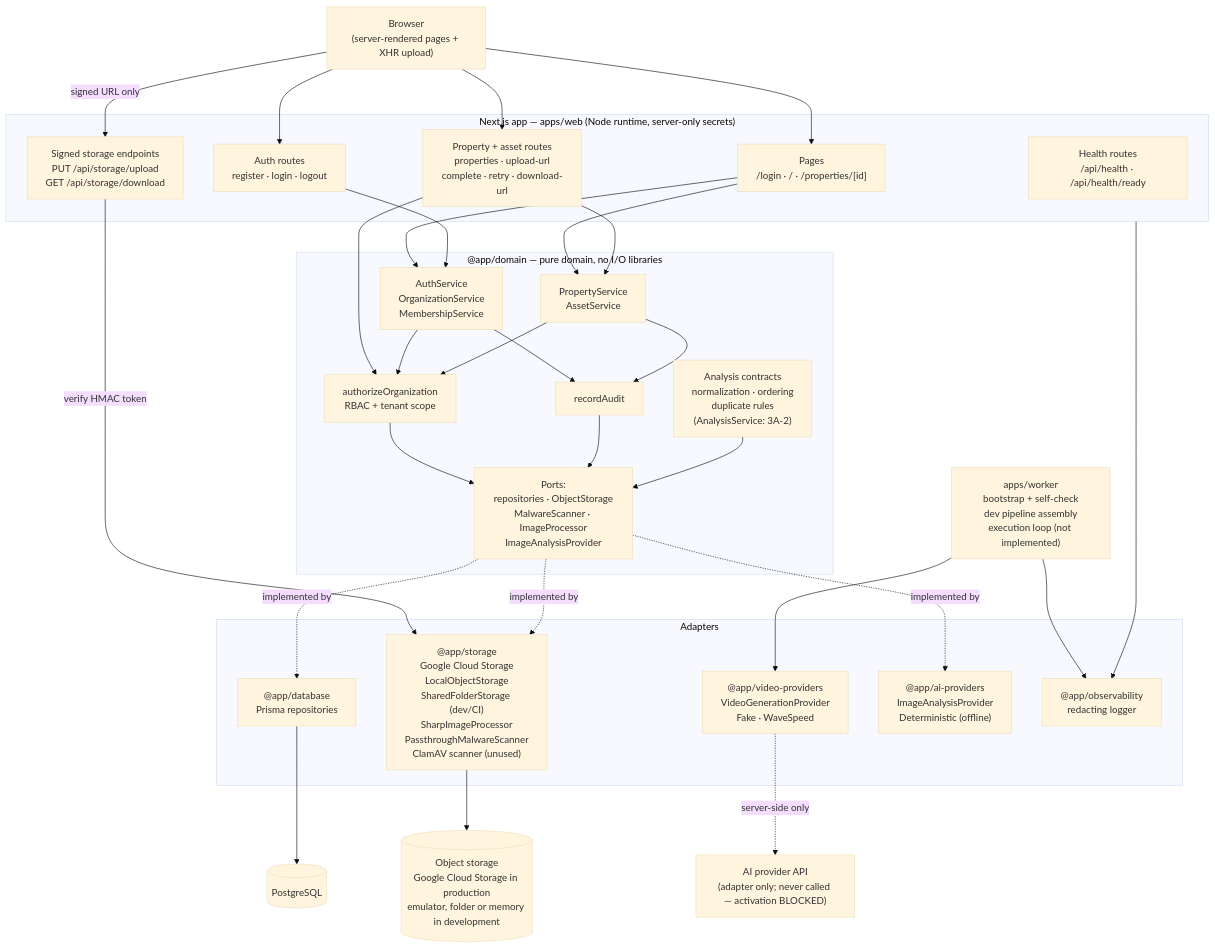
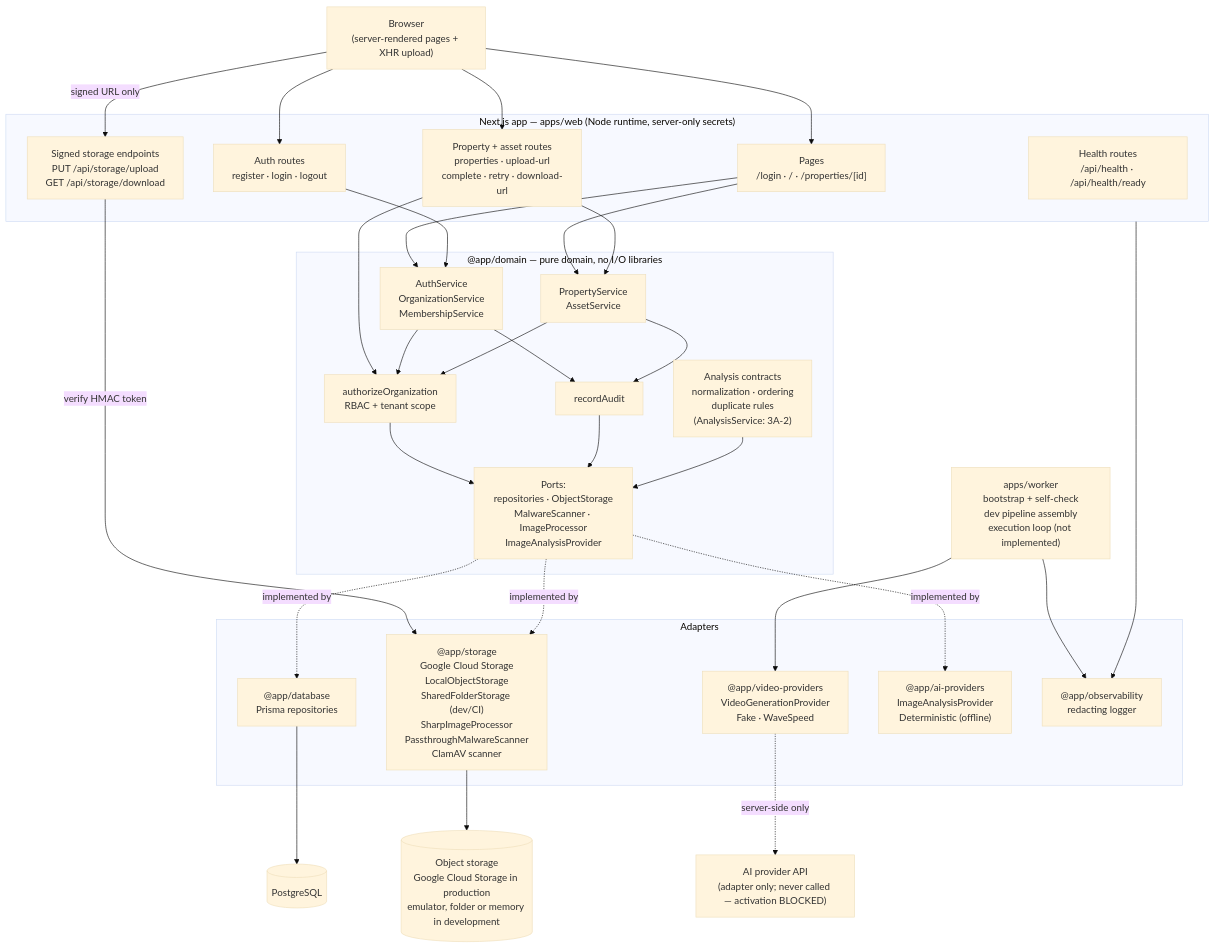
One commit to TakeTouhu/Real-Estate-Listing-Concept-Video changed the diagram in docs/architecture.md. Above: the diagram before and after it, drawn with Mermaid (base theme). The commit also changed other lines of this file and 21 other files, not shown here.

First line of the commit message:
RD-5b: ClamAV in the web app (ADR-0164)

````diff
--- a/docs/architecture.md
+++ b/docs/architecture.md
@@ -12,66 +12,66 @@
 ```mermaid
 flowchart TB
   browser["Browser<br/>(server-rendered pages + XHR upload)"]
 
   subgraph web["Next.js app — apps/web (Node runtime, server-only secrets)"]
     pages["Pages<br/>/login · / · /properties/[id]"]
     authapi["Auth routes<br/>register · login · logout"]
     propapi["Property + asset routes<br/>properties · upload-url<br/>complete · retry · download-url"]
     storageapi["Signed storage endpoints<br/>PUT /api/storage/upload<br/>GET /api/storage/download"]
     health["Health routes<br/>/api/health · /api/health/ready"]
   end
 
   subgraph domain["@app/domain — pure domain, no I/O libraries"]
     identitysvc["AuthService<br/>OrganizationService<br/>MembershipService"]
     propsvc["PropertyService<br/>AssetService"]
     anasvc["Analysis contracts<br/>normalization · ordering<br/>duplicate rules<br/>(AnalysisService: 3A-2)"]
     authz["authorizeOrganization<br/>RBAC + tenant scope"]
     audit["recordAudit"]
     ports["Ports:<br/>repositories · ObjectStorage<br/>MalwareScanner · ImageProcessor<br/>ImageAnalysisProvider"]
   end
 
   subgraph adapters["Adapters"]
     db["@app/database<br/>Prisma repositories"]
-    store["@app/storage<br/>Google Cloud Storage<br/>LocalObjectStorage<br/>SharedFolderStorage (dev/CI)<br/>SharpImageProcessor<br/>PassthroughMalwareScanner<br/>ClamAV scanner (unused)"]
+    store["@app/storage<br/>Google Cloud Storage<br/>LocalObjectStorage<br/>SharedFolderStorage (dev/CI)<br/>SharpImageProcessor<br/>PassthroughMalwareScanner<br/>ClamAV scanner"]
     vp["@app/video-providers<br/>VideoGenerationProvider<br/>Fake · WaveSpeed"]
     aip["@app/ai-providers<br/>ImageAnalysisProvider<br/>Deterministic (offline)"]
     obs["@app/observability<br/>redacting logger"]
   end
 
   pg[("PostgreSQL")]
   objects[("Object storage<br/>Google Cloud Storage in production<br/>emulator, folder or memory in development")]
   wavespeed["AI provider API<br/>(adapter only; never called — activation BLOCKED)"]
 
   worker["apps/worker<br/>bootstrap + self-check<br/>dev pipeline assembly<br/>execution loop (not implemented)"]
 
   browser --> pages
   browser --> authapi
   browser --> propapi
   browser -- "signed URL only" --> storageapi
 
   pages --> identitysvc
   pages --> propsvc
   authapi --> identitysvc
   propapi --> propsvc
   propapi --> authz
   storageapi -- "verify HMAC token" --> store
 
   identitysvc --> authz
   propsvc --> authz
   identitysvc --> audit
   propsvc --> audit
   authz --> ports
   audit --> ports
 
   ports -.implemented by.-> db
   ports -.implemented by.-> store
   ports -.implemented by.-> aip
   anasvc --> ports
 
   db --> pg
   store --> objects
   worker --> vp
   vp -.server-side only.-> wavespeed
   web --> obs
   worker --> obs
 ```
````
